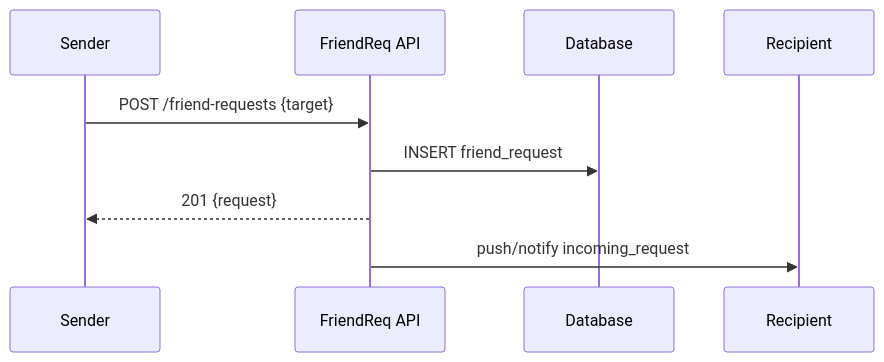
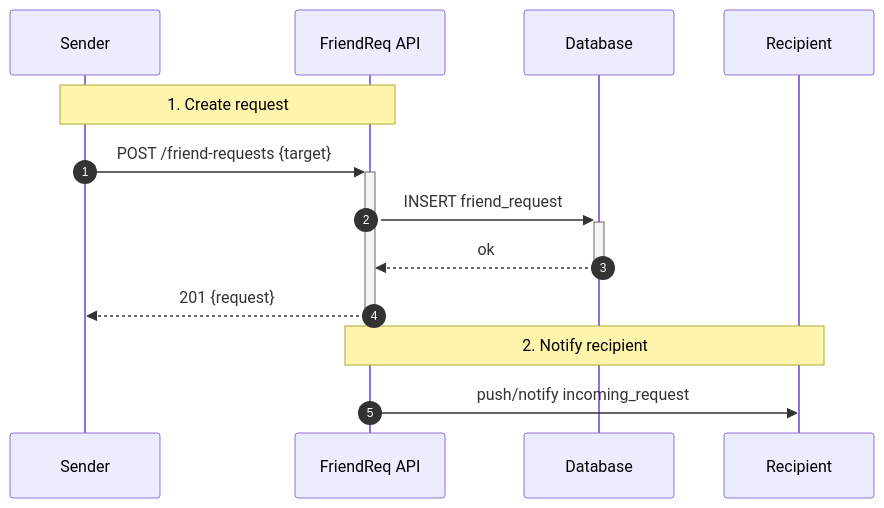
Before and after one commit to dinhhoang235/Chat-App: the diagram in docs/friend_requests.md, drawn with Mermaid. The commit also changed 12 other files, not shown here.

Commit message:
docs: enhance sequence diagrams with detailed notes for various features

````diff
--- a/docs/friend_requests.md
+++ b/docs/friend_requests.md
@@ -24,12 +24,17 @@
 ```mermaid
 sequenceDiagram
+  autonumber
   participant S as Sender
   participant API as FriendReq API
   participant DB as Database
   participant R as Recipient
 
-  S->>API: POST /friend-requests {target}
-  API->>DB: INSERT friend_request
-  API-->>S: 201 {request}
+  Note over S,API: 1. Create request
+  S->>+API: POST /friend-requests {target}
+  API->>+DB: INSERT friend_request
+  DB-->>-API: ok
+  API-->>-S: 201 {request}
+
+  Note over API,R: 2. Notify recipient
   API->>R: push/notify incoming_request
 ```
````
